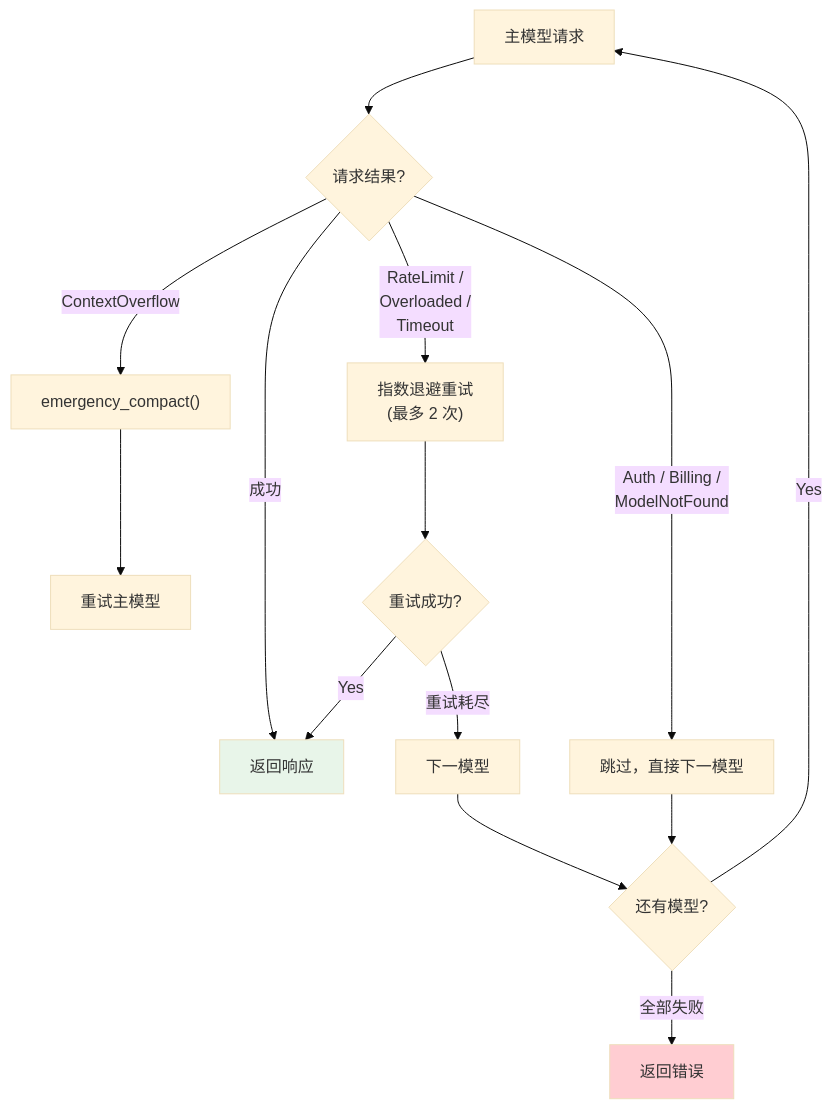
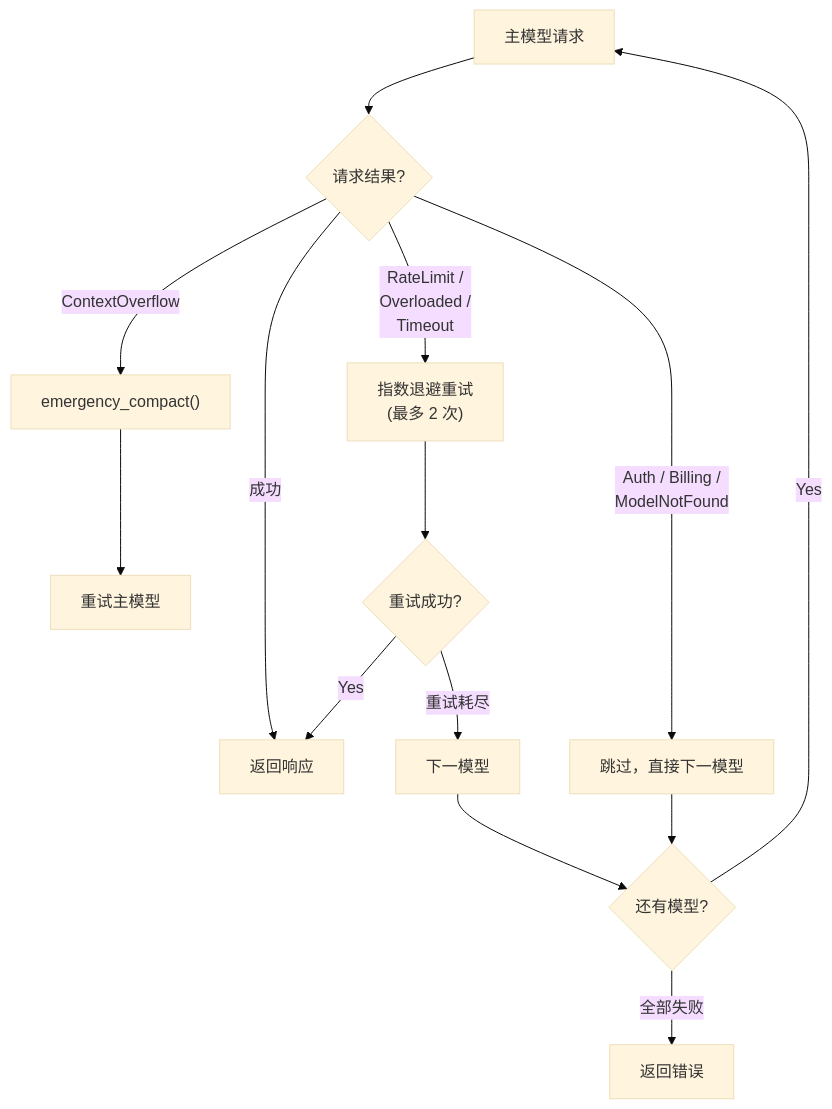
Before and after one commit to shiwenwen/hope-agent: the third of 4 diagrams in docs/architecture/overview.md, drawn with Mermaid (base theme). The commit also changed other lines of this file and 13 other files, not shown here.

First line of the commit message:
docs: 移除 mermaid 图表中的自定义背景色填充

````diff
--- a/docs/architecture/overview.md
+++ b/docs/architecture/overview.md
@@ -113,19 +107,17 @@
 ```mermaid
 flowchart TD
     A["主模型请求"] --> B{"请求结果?"}
     B -- "成功" --> C["返回响应"]
     B -- "ContextOverflow" --> D["emergency_compact()"]
     D --> E["重试主模型"]
     B -- "RateLimit /<br/>Overloaded /<br/>Timeout" --> F["指数退避重试<br/>(最多 2 次)"]
     F --> G{"重试成功?"}
     G -- Yes --> C
     G -- "重试耗尽" --> H["下一模型"]
     B -- "Auth / Billing /<br/>ModelNotFound" --> I["跳过，直接下一模型"]
     H --> J{"还有模型?"}
     I --> J
     J -- Yes --> A
     J -- "全部失败" --> K["返回错误"]
 
-    style C fill:#e8f5e9
-    style K fill:#ffcdd2
 ```
````
